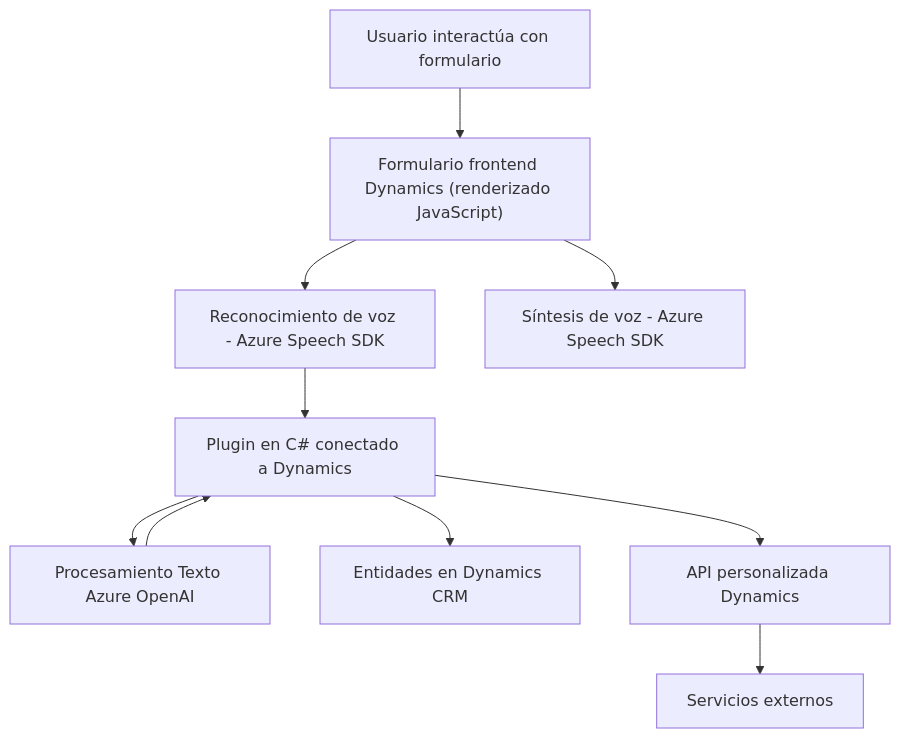
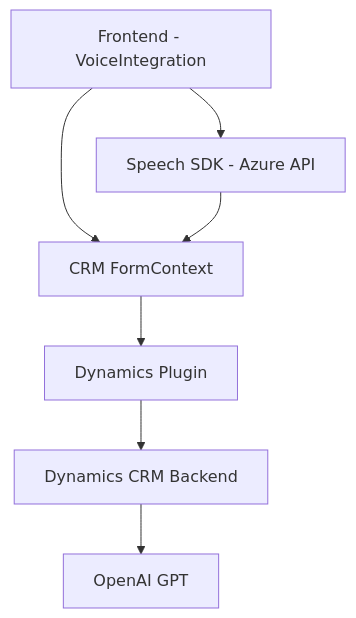
Before and after one commit to blopezdm/NETCORE_BILBAO2025: the diagram in README.md, drawn with Mermaid. The commit also changed other lines of this file, not shown here.

Commit message:
Actualizar análisis global de la solución con IA

````diff
--- a/README.md
+++ b/README.md
@@ -43,22 +46,16 @@
 ```mermaid
 graph TD
-    Inicio["Usuario interactúa con formulario"]
-    Formulario["Formulario frontend Dynamics (renderizado JavaScript)"]
-    SpeechRecognition["Reconocimiento de voz - Azure Speech SDK"]
-    TextToSpeech["Síntesis de voz - Azure Speech SDK"]
-    ProcesamientoTexto["Procesamiento Texto Azure OpenAI"]
-    PluginDynamics["Plugin en C# conectado a Dynamics"]
-    CRM["Entidades en Dynamics CRM"]
-    APIInterna["API personalizada Dynamics"]
-    DatosExternos["Servicios externos"]
+    A["Frontend - VoiceIntegration"]
+    B["Speech SDK - Azure API"]
+    C["CRM FormContext"]
+    D["Dynamics Plugin"]
+    E["Dynamics CRM Backend"]
+    F["OpenAI GPT"]
 
-    Inicio --> Formulario
-    Formulario --> SpeechRecognition
-    SpeechRecognition --> PluginDynamics
-    PluginDynamics --> APIInterna
-    PluginDynamics --> CRM
-    Formulario --> TextToSpeech
-    PluginDynamics --> ProcesamientoTexto
-    ProcesamientoTexto --> PluginDynamics
-    APIInterna --> DatosExternos
+    A --> B
+    A --> C
+    B --> C
+    C --> D
+    D --> E
+    E --> F
 ```
````
